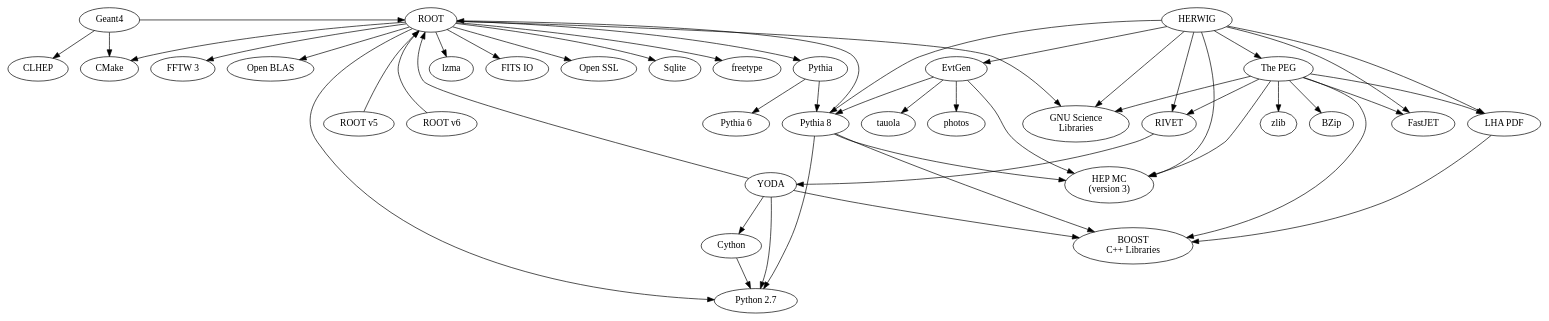
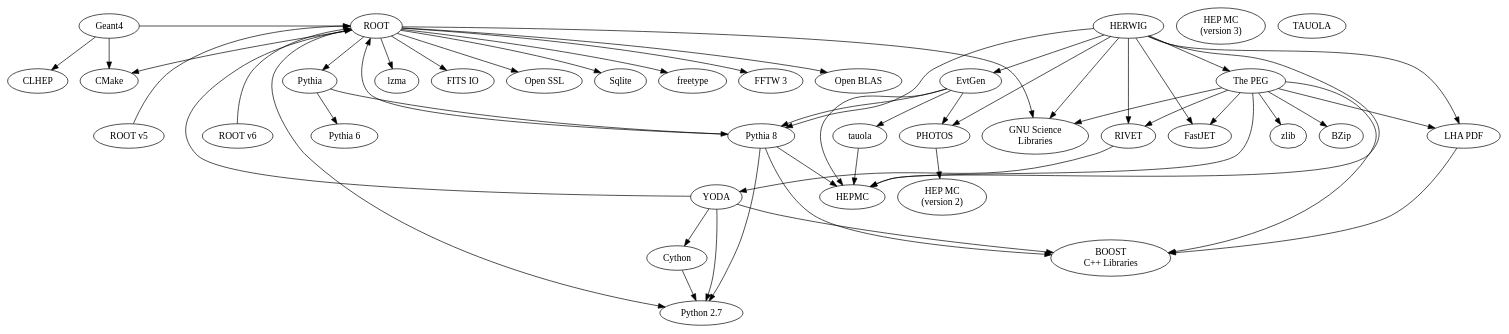
Before and after one commit to AAROC/CODE-RADE-ACAT-2017: the diagram in dependencies.dot, drawn with Graphviz.

Commit message:
add hepmc, taula, photos

```diff
--- a/dependencies.dot
+++ b/dependencies.dot
@@ -1,66 +1,73 @@
 /* The dependency tree of the HEP applications
 We assume that the graph is directed, else we end up with infinite builds on Jenkins,
 hence the use of "digraph" below.
 */
 digraph hepdep {
 /*
 First, we draw all of  the main nodes in the HEP tree
 - Nodes are sorted alphabetically.
 - node names are all lower case
 - node lables are what the node is called by it's developers
 */
 
 clhep [label="CLHEP"];
 evtgen [label="EvtGen"];
 fastjet [label="FastJET"];
 geant4 [label="Geant4"];
-hepmc [label="HEP MC \n(version 3)"];
-herwig [label="HERWIG"]
+hepmc [label="HEPMC"];
+hepmc2 [label="HEP MC\n(version 2)"];
+hepmc3 [label="HEP MC \n(version 3)"];
+herwig [label="HERWIG"];
 lhapdf [label="LHA PDF"];
 pythia [label="Pythia"];
 pythia6 [label="Pythia 6"];
 pythia8 [label="Pythia 8"];
 rivet [label="RIVET"];
 root [label="ROOT"];
 root5 [label="ROOT v5"];
 root6 [label="ROOT v6"];
+taola [label="TAUOLA"];
 thepeg [label="The PEG"];
 yoda [label="YODA"];
 /* Now, those outside of the HEP tree, in the foundation tree*/
 boost [label="BOOST\n C++ Libraries"];
 python [label="Python 2.7"];
 bzlib [label="BZip"];
 zlib [label="zlib"];
 gsl [label="GNU Science\nLibraries"];
 cmake [label="CMake"];
 lzma [label="lzma"];
 fits [label="FITS IO"];
 openssl [label="Open SSL"];
 sqlite [label="Sqlite"];
 freetype [label="freetype"];
 fftw [label="FFTW 3"];
 openblas [label="Open BLAS"];
+photos [label="PHOTOS"];
 cython [label="Cython"]
 /* Now, we draw the dependencies*/
 cython->python [newrank="true"];
 yoda -> { python, boost, root, cython};
 
 thepeg -> { boost, zlib, bzlib, gsl, lhapdf, hepmc, rivet, fastjet};
 pythia-> {pythia6, pythia8};
 pythia8 -> {root, hepmc, boost, python};
+photos -> {hepmc2};
 root6 -> root;
 root5 -> root;
 root -> {cmake, gsl, lzma, fits, sqlite, freetype, fftw, openblas, python, openssl,pythia};
 
 rivet -> {yoda};
 lhapdf -> {boost};
 
-herwig -> {fastjet, lhapdf, rivet, thepeg, gsl, hepmc, evtgen, pythia8};
+herwig -> {fastjet, lhapdf, rivet, thepeg, gsl, hepmc, evtgen, pythia8, photos};
 
 geant4->{clhep, root, cmake};
 
 evtgen -> {hepmc, pythia8, photos, tauola}
+
+tauola -> {hepmc}
 /* We put all of the user-facing applications on the same level */
 {rank = same; root6; root5; pythia6; pythia8}
   {rank = same; root; geant4; herwig;}
 }
```
